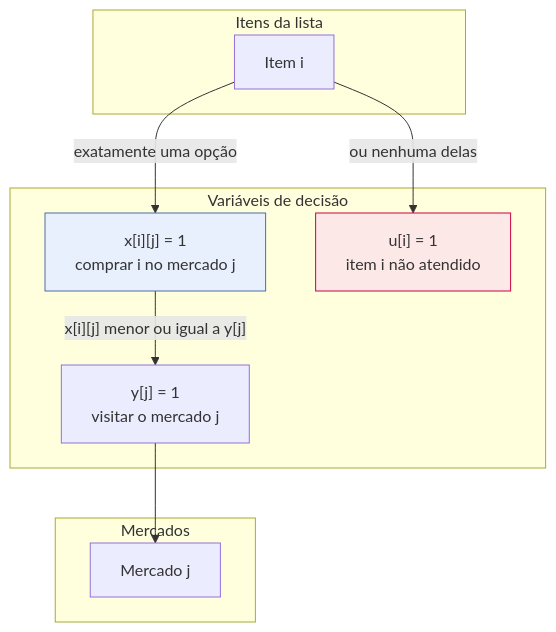
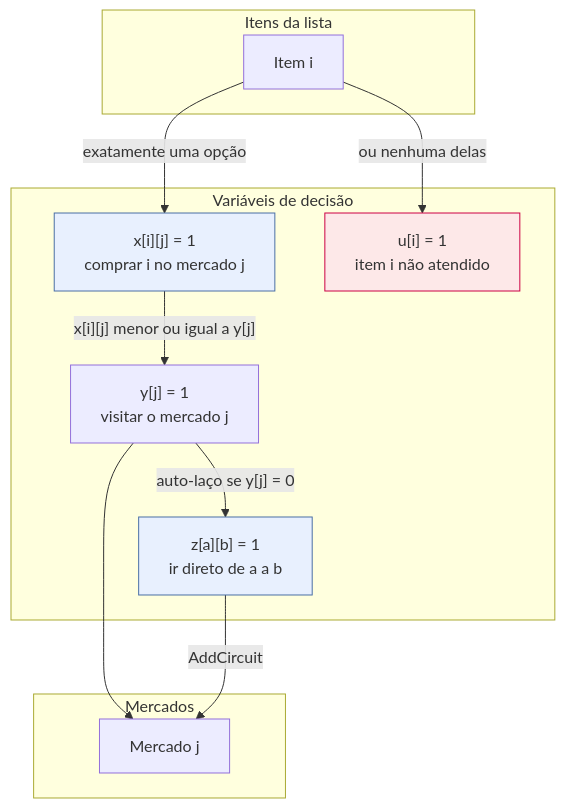
The first of 4 diagrams in modelo/docs/formulacao-matematica.md (chroanz/sad-tcc), drawn with Mermaid before and after one commit. The commit also changed other lines of this file and 13 other files, not shown here.

````diff
--- a/modelo/docs/formulacao-matematica.md
+++ b/modelo/docs/formulacao-matematica.md
@@ -68,22 +78,26 @@
 ```mermaid
 graph TD
     subgraph Itens["Itens da lista"]
         I1["Item i"]
     end
     subgraph Decisao["Variáveis de decisão"]
         X["x[i][j] = 1<br/>comprar i no mercado j"]
         U["u[i] = 1<br/>item i não atendido"]
         Y["y[j] = 1<br/>visitar o mercado j"]
+        Z["z[a][b] = 1<br/>ir direto de a a b"]
     end
     subgraph Mercados["Mercados"]
         M1["Mercado j"]
     end
 
     I1 -->|"exatamente uma opção"| X
     I1 -->|"ou nenhuma delas"| U
     X -->|"x[i][j] menor ou igual a y[j]"| Y
     Y --> M1
+    Y -->|"auto-laço se y[j] = 0"| Z
+    Z -->|"AddCircuit"| M1
 
     style U fill:#fde8e8,stroke:#c04
     style X fill:#e8f0fe,stroke:#4a6fa5
+    style Z fill:#e8f0fe,stroke:#4a6fa5
 ```
````
